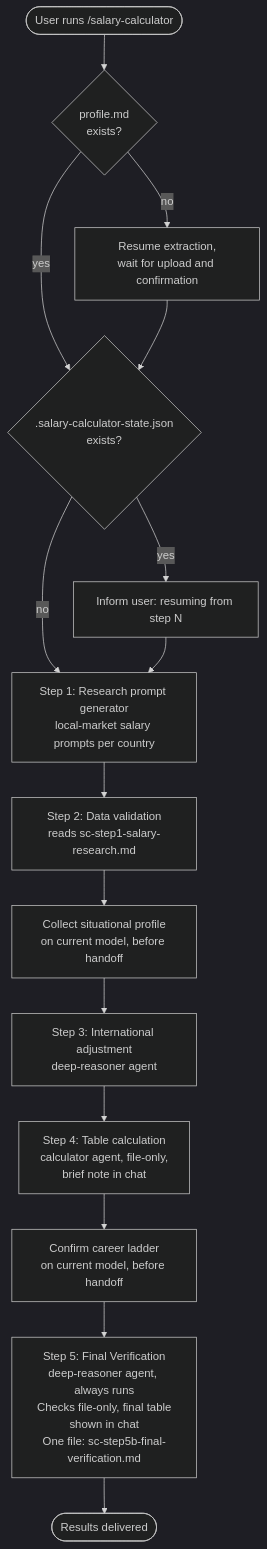
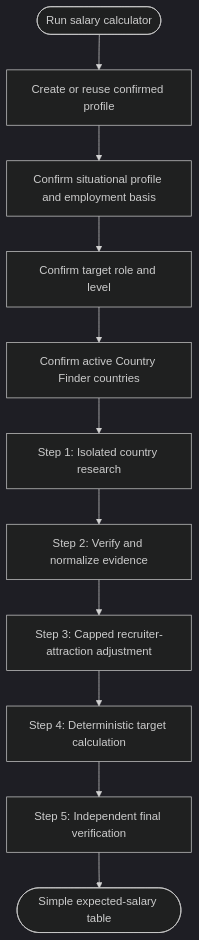
The diagram in docs/commands/salary-calculator.md (myowinthein/agent-compass), drawn with Mermaid (dark theme) before and after one commit. The commit also changed other lines of this file and 20 other files, not shown here.

Commit message:
feat(salary-calculator): add recruiter-friendly target workflow

````diff
--- a/docs/commands/salary-calculator.md
+++ b/docs/commands/salary-calculator.md
@@ -22,20 +20,13 @@
 ```mermaid
 flowchart TD
-  Start([User runs /salary-calculator]) --> Profile{profile.md\nexists?}
-  Profile -->|no| Extract[Resume extraction,\nwait for upload and confirmation]
-  Profile -->|yes| State
-  Extract --> State
-
-  State{.salary-calculator-state.json\nexists?} -->|yes| Resume[Inform user: resuming from step N]
-  State -->|no| S1
-  Resume --> S1
-
-  S1[Step 1: Research prompt generator\nlocal-market salary prompts per country] --> S2
-  S2[Step 2: Data validation\nreads sc-step1-salary-research.md] --> S3prep
-  S3prep[Collect situational profile\non current model, before handoff] --> S3
-  S3[Step 3: International adjustment\ndeep-reasoner agent] --> S4
-  S4[Step 4: Table calculation\ncalculator agent, file-only,\nbrief note in chat] --> Ladder
-
-  Ladder[Confirm career ladder\non current model, before handoff] --> S5[Step 5: Final Verification\ndeep-reasoner agent, always runs\nChecks file-only, final table\nshown in chat\nOne file: sc-step5b-final-verification.md]
-  S5 --> Done([Results delivered])
+  Start([Run salary calculator]) --> Profile[Create or reuse confirmed profile]
+  Profile --> Situation[Confirm situational profile and employment basis]
+  Situation --> Level[Confirm target role and level]
+  Level --> Countries[Confirm active Country Finder countries]
+  Countries --> Research[Step 1: Isolated country research]
+  Research --> Validate[Step 2: Verify and normalize evidence]
+  Validate --> Adjust[Step 3: Capped recruiter-attraction adjustment]
+  Adjust --> Calculate[Step 4: Deterministic target calculation]
+  Calculate --> Audit[Step 5: Independent final verification]
+  Audit --> Done([Simple expected-salary table])
 ```
````
